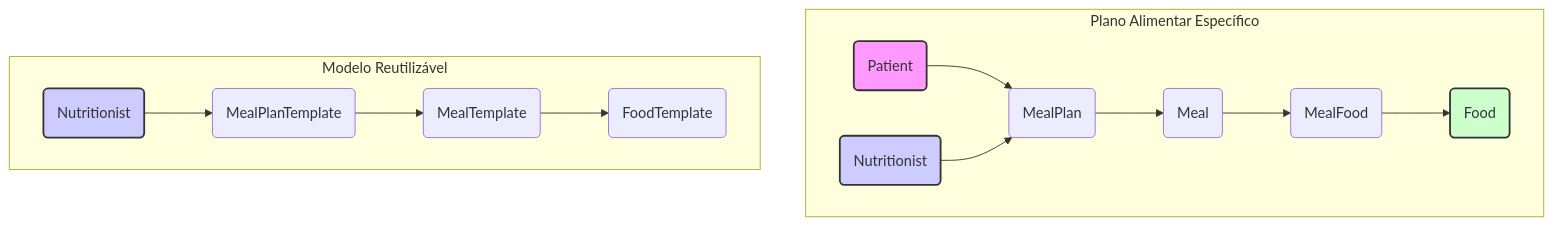
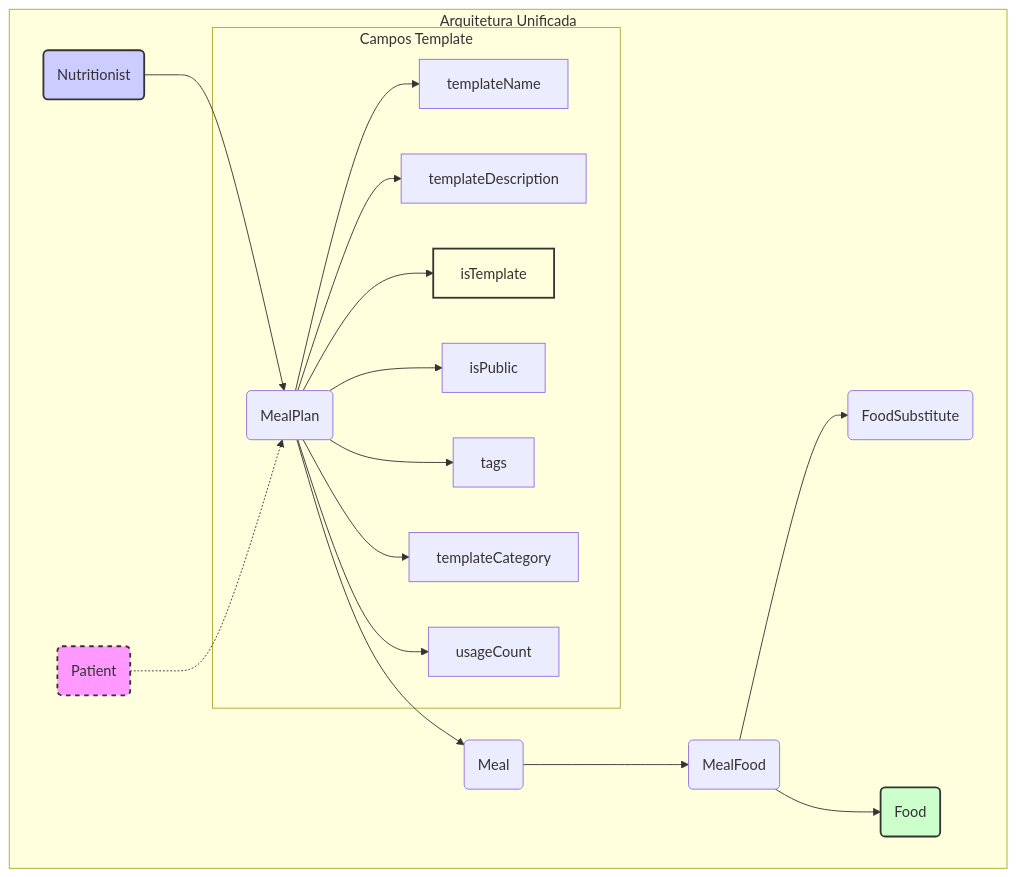
One commit to danielbcarvalho/smart-nutri changed the diagram in backend/src/modules/meal-plan/MEAL_PLAN_MODULE_BACKEND.md. Above: the diagram before and after it, drawn with Mermaid. The commit also changed other lines of this file and 26 other files, not shown here.

Commit message:
feat: add meal plan templates

````diff
--- a/backend/src/modules/meal-plan/MEAL_PLAN_MODULE_BACKEND.md
+++ b/backend/src/modules/meal-plan/MEAL_PLAN_MODULE_BACKEND.md
@@ -53,21 +65,26 @@
 ```mermaid
 graph TD
-    subgraph "Plano Alimentar Específico"
-        P(Patient) --> MP(MealPlan)
-        N(Nutritionist) --> MP
+    subgraph "Arquitetura Unificada"
+        N(Nutritionist) --> MP(MealPlan)
+        P(Patient) -.-> MP
         MP --> M(Meal)
         M --> MF(MealFood)
+        MF --> FS(FoodSubstitute)
         MF --> F(Food)
+        
+        subgraph "Campos Template"
+            MP --> TN[templateName]
+            MP --> TD[templateDescription]
+            MP --> IT[isTemplate]
+            MP --> IP[isPublic]
+            MP --> T[tags]
+            MP --> TC[templateCategory]
+            MP --> UC[usageCount]
+        end
     end
 
-    subgraph "Modelo Reutilizável"
-        N2(Nutritionist) --> MPT(MealPlanTemplate)
-        MPT --> MT(MealTemplate)
-        MT --> FT(FoodTemplate)
-    end
-
-    style P fill:#f9f,stroke:#333,stroke-width:2px
+    style P fill:#f9f,stroke:#333,stroke-width:2px,stroke-dasharray: 5 5
     style N fill:#ccf,stroke:#333,stroke-width:2px
-    style N2 fill:#ccf,stroke:#333,stroke-width:2px
     style F fill:#cfc,stroke:#333,stroke-width:2px
+    style IT fill:#ffd,stroke:#333,stroke-width:2px
 ```
````
